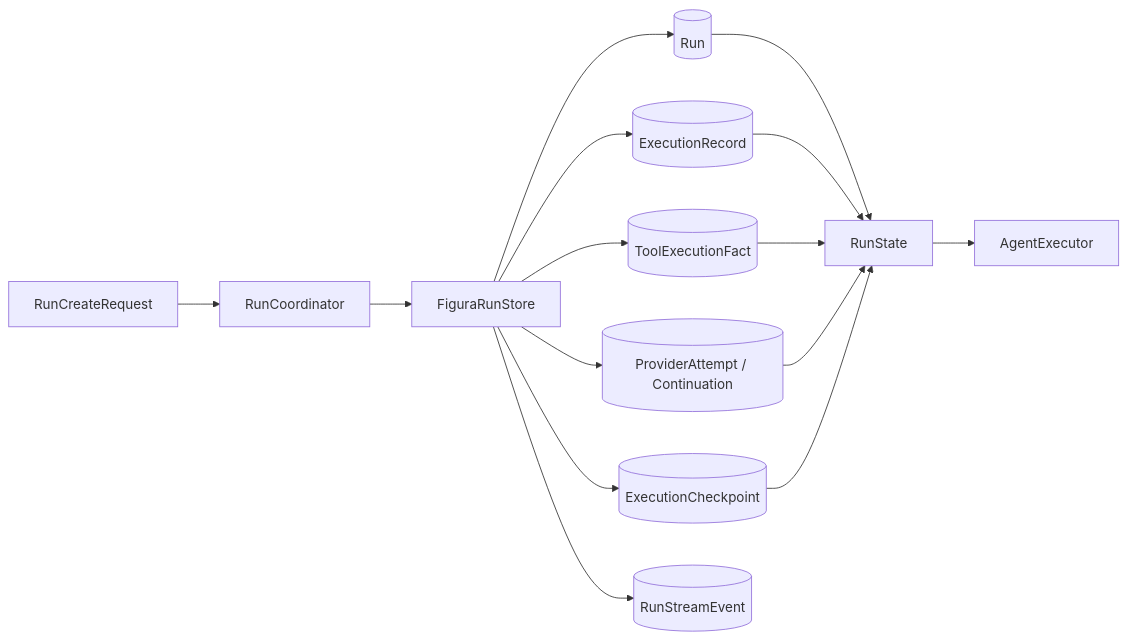
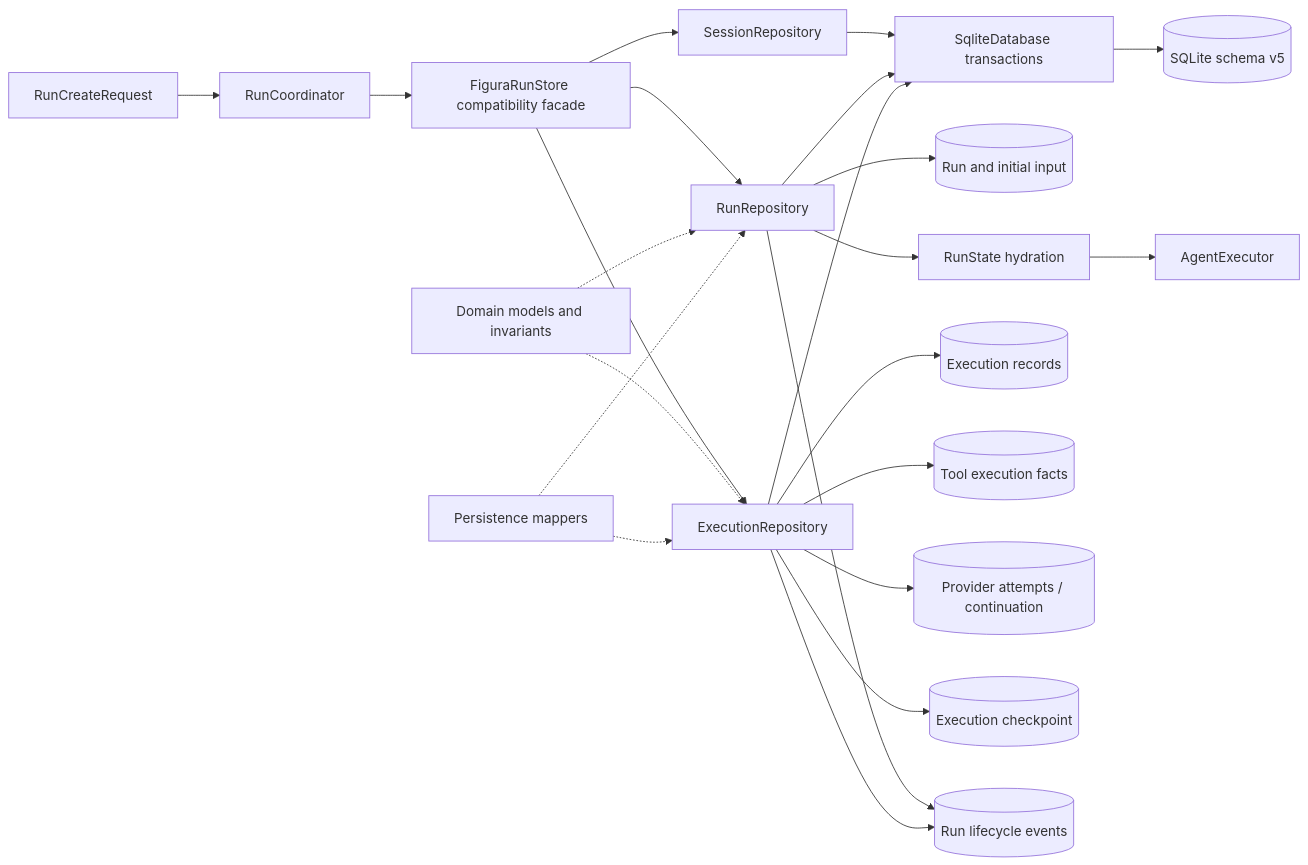
One commit to YeZibn/Figura changed the diagram in docs/figura/runtime.md. Above: the diagram before and after it, drawn with Mermaid. The commit also changed other lines of this file and 23 other files, not shown here.

First line of the commit message:
refactor(run-store): 拆分运行时持久化职责

````diff
--- a/docs/figura/runtime.md
+++ b/docs/figura/runtime.md
@@ -9,17 +9,25 @@
 ```mermaid
 flowchart LR
     Create[RunCreateRequest] --> Coordinator[RunCoordinator]
-    Coordinator --> Store[FiguraRunStore]
-    Store --> Run[(Run)]
-    Store --> Records[(ExecutionRecord)]
-    Store --> ToolFacts[(ToolExecutionFact)]
-    Store --> Attempts[(ProviderAttempt / Continuation)]
-    Store --> Checkpoint[(ExecutionCheckpoint)]
-    Store --> Events[(RunStreamEvent)]
-    Run --> State[RunState]
-    Records --> State
-    ToolFacts --> State
-    Attempts --> State
-    Checkpoint --> State
+    Coordinator --> Store[FiguraRunStore compatibility facade]
+    Store --> SessionRepo[SessionRepository]
+    Store --> RunRepo[RunRepository]
+    Store --> ExecutionRepo[ExecutionRepository]
+    SessionRepo --> Database[SqliteDatabase transactions]
+    RunRepo --> Database
+    ExecutionRepo --> Database
+    Database --> SQLite[(SQLite schema v5)]
+    RunRepo --> Run[(Run and initial input)]
+    RunRepo --> State[RunState hydration]
+    ExecutionRepo --> Records[(Execution records)]
+    ExecutionRepo --> ToolFacts[(Tool execution facts)]
+    ExecutionRepo --> Attempts[(Provider attempts / continuation)]
+    ExecutionRepo --> Checkpoint[(Execution checkpoint)]
+    RunRepo --> Events[(Run lifecycle events)]
+    ExecutionRepo --> Events
+    Domain[Domain models and invariants] -.-> RunRepo
+    Domain -.-> ExecutionRepo
+    Mappers[Persistence mappers] -.-> RunRepo
+    Mappers -.-> ExecutionRepo
     State --> Agent[AgentExecutor]
 ```
````
